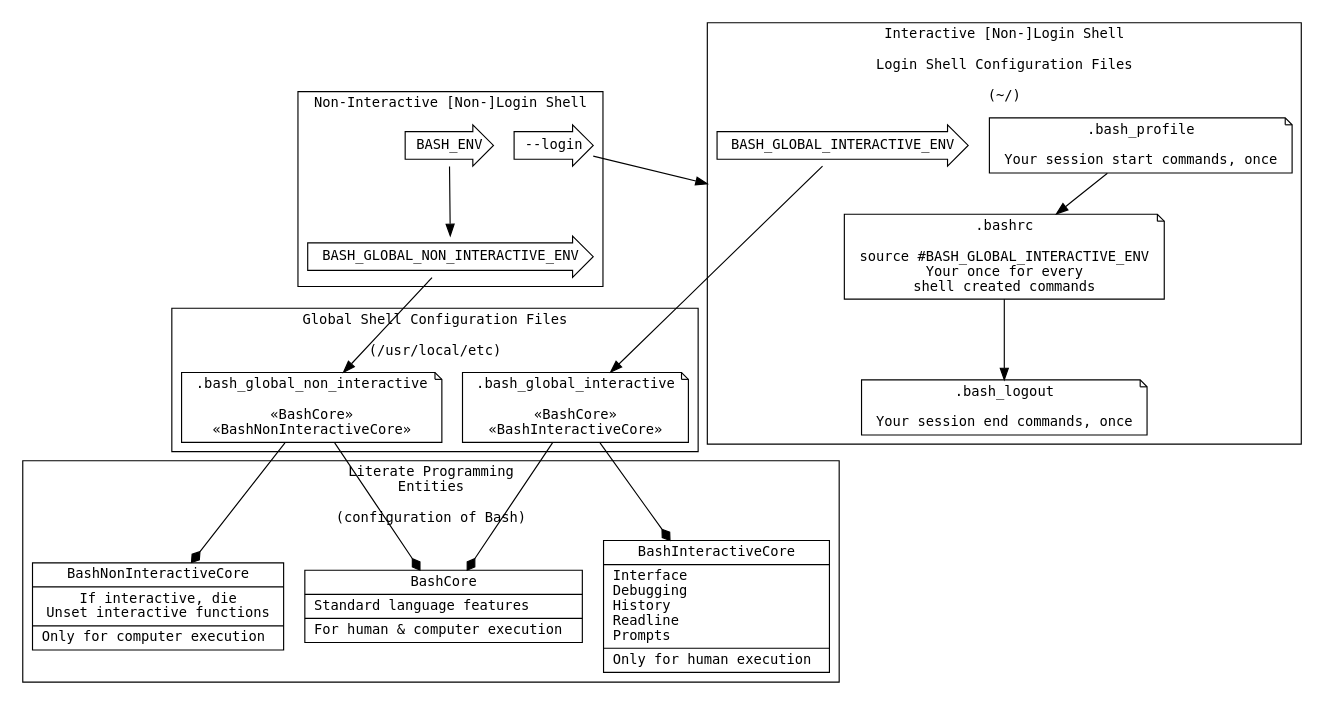
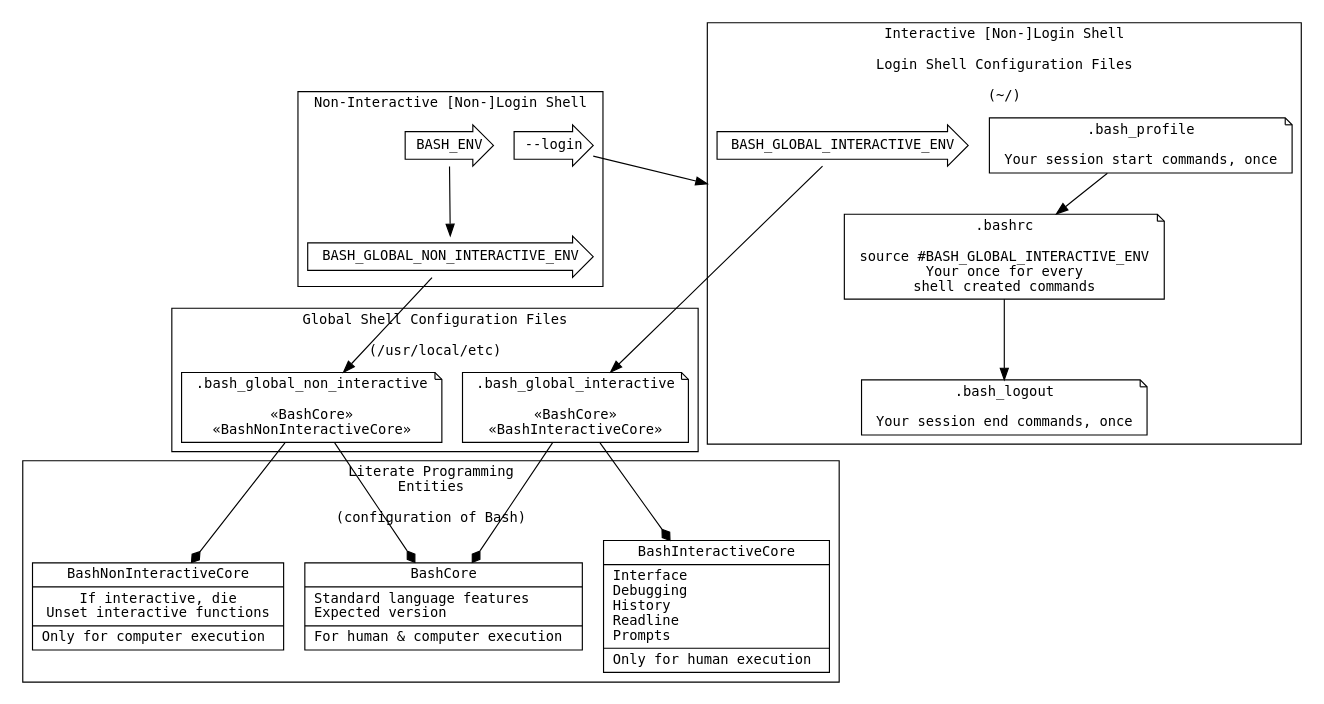
Before and after one commit to grettke/bash: the diagram in bash.org, drawn with Graphviz. The commit also changed 1 other file, not shown here.

Commit message:
Check version

```diff
--- a/bash.org
+++ b/bash.org
@@ -2487,41 +2487,41 @@
 #+BEGIN_SRC dot :file "./image/version04.png" :wrap "RESULTS"
 digraph version5 {
   fontname = "DejaVu Sans Mono";
   fontsize = 12;
   node [shape = "record" fontname = "DejaVu Sans Mono" fontsize = 12];
   compound = true;
   subgraph cluster_A {
     label = "Literate Programming\nEntities\n\n(configuration of Bash)";
-    BashCore[label = "{BashCore|Standard language features\l|For human & computer execution\l}"];
+    BashCore[label = "{BashCore|Standard language features\lExpected version\l|For human & computer execution\l}"];
     BashNonInteractiveCore[label = "{BashNonInteractiveCore|If interactive, die\nUnset interactive functions|Only for computer execution\l}"];
     BashInteractiveCore[label = "{BashInteractiveCore|Interface\lDebugging\lHistory\lReadline\lPrompts\l|Only for human execution\l}"];
   }
   subgraph cluster_B {
     label = "Global Shell Configuration Files\n\n(/usr/local/etc)";
     BashGlobalNonInteractiveFile[shape = "note" label = ".bash_global_non_interactive\n\n«BashCore»\n«BashNonInteractiveCore»"];
     BashGlobalInteractiveFile[shape = "note" label = ".bash_global_interactive\n\n«BashCore»\n«BashInteractiveCore»"];
   }
   subgraph cluster_C {
     label = "Interactive [Non-]Login Shell\n\nLogin Shell Configuration Files\n\n(~/)";
     BashProfile[shape = "note" label = ".bash_profile\n\nYour session start commands, once"];
     BashRc[shape = "note" label = ".bashrc\n\nsource #BASH_GLOBAL_INTERACTIVE_ENV\nYour once for every\nshell created commands"];
     BashLogout[shape = "note" label = ".bash_logout\n\nYour session end commands, once"];
     BashGlobalInteractiveProp [shape = "rarrow" label = "BASH_GLOBAL_INTERACTIVE_ENV"];
   }
   subgraph cluster_D {
     label = "Non-Interactive [Non-]Login Shell";
     BashEnv [shape = "rarrow" label = "BASH_ENV"];
     BashGlobalNonInteractiveProp [shape = "rarrow" label = "BASH_GLOBAL_NON_INTERACTIVE_ENV"];
     BashNonInteractiveLoginInit [shape = "rarrow" label="--login"];
   }
   BashProfile -> BashRc;
   BashRc -> BashLogout;
   BashEnv -> BashGlobalNonInteractiveProp -> BashGlobalNonInteractiveFile;
   BashGlobalInteractiveProp -> BashGlobalInteractiveFile;
   BashNonInteractiveLoginInit -> BashRc [lhead=cluster_C];
   BashGlobalInteractiveFile -> BashCore [arrowhead=diamond];
   BashGlobalInteractiveFile -> BashInteractiveCore [arrowhead=diamond];
   BashGlobalNonInteractiveFile -> BashCore [arrowhead=diamond];
   BashGlobalNonInteractiveFile -> BashNonInteractiveCore [arrowhead=diamond];
 }
 #+END_SRC
```
